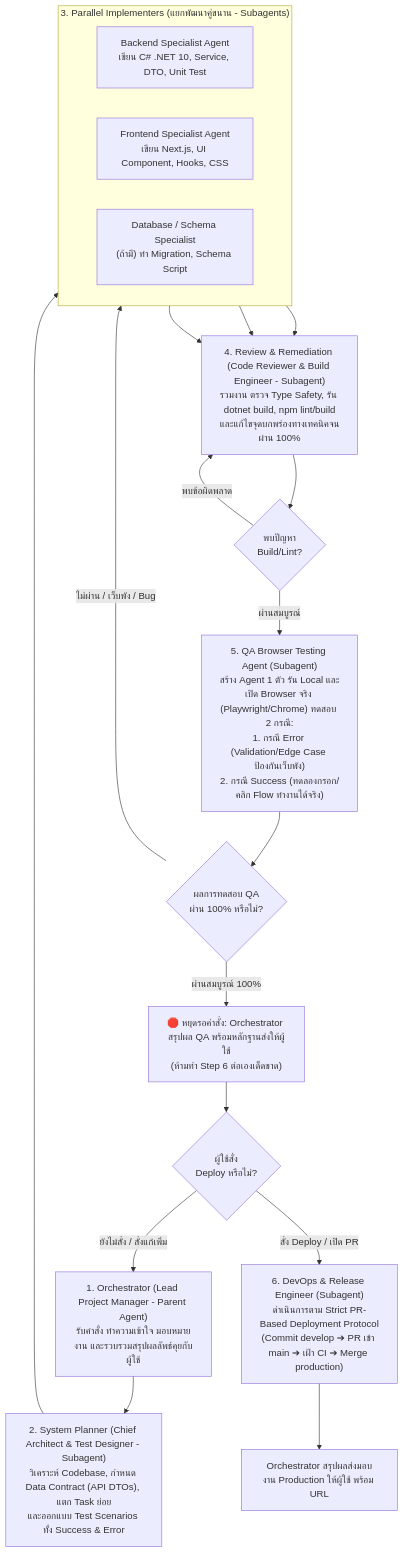
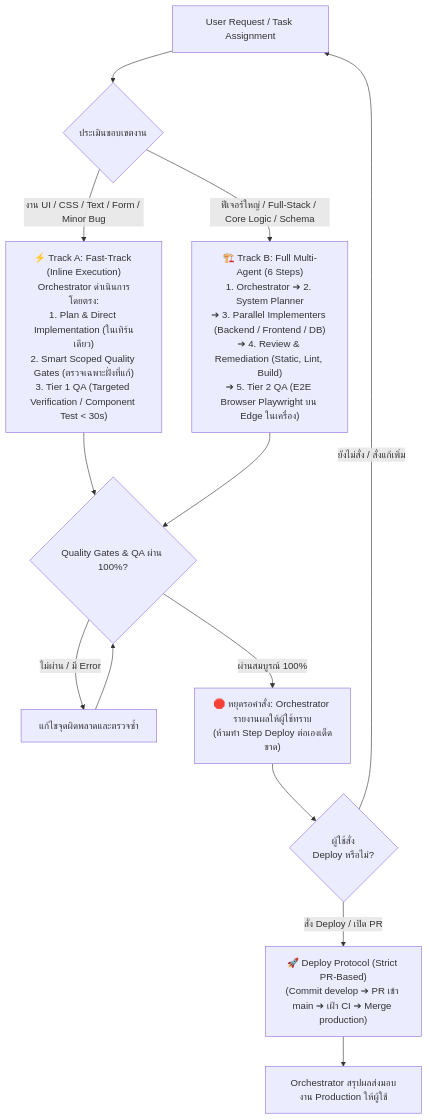
The diagram in AGENTS.md (IamPanawatDev/PocketWise), drawn with Mermaid before and after one commit. The commit also changed other lines of this file and 2 other files, not shown here.

Commit message:
docs(workflow): optimize dev & QA speed with dual-track execution, smart scoped quality gates, and tiered QA

````diff
--- a/AGENTS.md
+++ b/AGENTS.md
@@ -214,28 +228,20 @@
 ```mermaid
 flowchart TD
-    Step1["1. Orchestrator (Lead Project Manager - Parent Agent)\nรับคำสั่ง ทำความเข้าใจ มอบหมายงาน และรวบรวมสรุปผลลัพธ์คุยกับผู้ใช้"] --> Step2["2. System Planner (Chief Architect & Test Designer - Subagent)\nวิเคราะห์ Codebase, กำหนด Data Contract (API DTOs), แตก Task ย่อย\nและออกแบบ Test Scenarios ทั้ง Success & Error"]
+    Start["User Request / Task Assignment"] --> Classify{"ประเมินขอบเขตงาน"}
     
-    subgraph Step3 ["3. Parallel Implementers (แยกพัฒนาคู่ขนาน - Subagents)"]
-        direction LR
-        DevBackend["Backend Specialist Agent\nเขียน C# .NET 10, Service, DTO, Unit Test"]
-        DevFrontend["Frontend Specialist Agent\nเขียน Next.js, UI Component, Hooks, CSS"]
-        DevDB["Database / Schema Specialist\n(ถ้ามี) ทำ Migration, Schema Script"]
-    end
-
-    Step2 --> Step3
-    DevBackend --> Step4["4. Review & Remediation (Code Reviewer & Build Engineer - Subagent)\nรวมงาน ตรวจ Type Safety, รัน dotnet build, npm lint/build\nและแก้ไขจุดบกพร่องทางเทคนิคจนผ่าน 100%"]
-    DevFrontend --> Step4
-    DevDB --> Step4
-
-    Step4 --> Check1{"พบปัญหา\nBuild/Lint?"}
-    Check1 -- "พบข้อผิดพลาด" --> Step4
-    Check1 -- "ผ่านสมบูรณ์" --> Step5["5. QA Browser Testing Agent (Subagent)\nสร้าง Agent 1 ตัว รัน Local และเปิด Browser จริง (Playwright/Chrome) ทดสอบ 2 กรณี:\n1. กรณี Error (Validation/Edge Case ป้องกันเว็บพัง)\n2. กรณี Success (ทดลองกรอก/คลิก Flow ทำงานได้จริง)"]
+    Classify -- "งาน UI / CSS / Text / Form / Minor Bug" --> TrackA["⚡ Track A: Fast-Track (Inline Execution)\nOrchestrator ดำเนินการโดยตรง:\n1. Plan & Direct Implementation (ในเทิร์นเดียว)\n2. Smart Scoped Quality Gates (ตรวจเฉพาะฝั่งที่แก้)\n3. Tier 1 QA (Targeted Verification / Component Test < 30s)"]
     
-    Step5 --> Check2{"ผลการทดสอบ QA\nผ่าน 100% หรือไม่?"}
-    Check2 -- "ไม่ผ่าน / เว็บพัง / Bug" --> Step3
-    Check2 -- "ผ่านสมบูรณ์ 100%" --> Pause["🛑 หยุดรอคำสั่ง: Orchestrator สรุปผล QA พร้อมหลักฐานส่งให้ผู้ใช้\n(ห้ามทำ Step 6 ต่อเองเด็ดขาด)"]
+    Classify -- "ฟีเจอร์ใหญ่ / Full-Stack / Core Logic / Schema" --> TrackB["🏗️ Track B: Full Multi-Agent (6 Steps)\n1. Orchestrator ➔ 2. System Planner\n➔ 3. Parallel Implementers (Backend / Frontend / DB)\n➔ 4. Review & Remediation (Static, Lint, Build)\n➔ 5. Tier 2 QA (E2E Browser Playwright บน Edge ในเครื่อง)"]
+    
+    TrackA --> GateCheck{"Quality Gates & QA ผ่าน 100%?"}
+    TrackB --> GateCheck
+    
+    GateCheck -- "ไม่ผ่าน / มี Error" --> Remediation["แก้ไขจุดผิดพลาดและตรวจซ้ำ"]
+    Remediation --> GateCheck
+    GateCheck -- "ผ่านสมบูรณ์ 100%" --> Pause["🛑 หยุดรอคำสั่ง: Orchestrator รายงานผลให้ผู้ใช้ทราบ\n(ห้ามทำ Step Deploy ต่อเองเด็ดขาด)"]
+    
     Pause --> UserDecision{"ผู้ใช้สั่ง\nDeploy หรือไม่?"}
-    UserDecision -- "ยังไม่สั่ง / สั่งแก้เพิ่ม" --> Step1
-    UserDecision -- "สั่ง Deploy / เปิด PR" --> Step6["6. DevOps & Release Engineer (Subagent)\nดำเนินการตาม Strict PR-Based Deployment Protocol\n(Commit develop ➔ PR เข้า main ➔ เฝ้า CI ➔ Merge production)"]
-    Step6 --> Done["Orchestrator สรุปผลส่งมอบงาน Production ให้ผู้ใช้ พร้อม URL"]
+    UserDecision -- "ยังไม่สั่ง / สั่งแก้เพิ่ม" --> Start
+    UserDecision -- "สั่ง Deploy / เปิด PR" --> DeployStep["🚀 Deploy Protocol (Strict PR-Based)\n(Commit develop ➔ PR เข้า main ➔ เฝ้า CI ➔ Merge production)"]
+    DeployStep --> Done["Orchestrator สรุปผลส่งมอบงาน Production ให้ผู้ใช้"]
 ```
````
